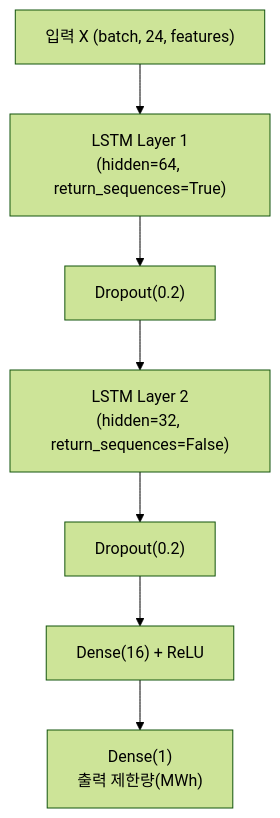
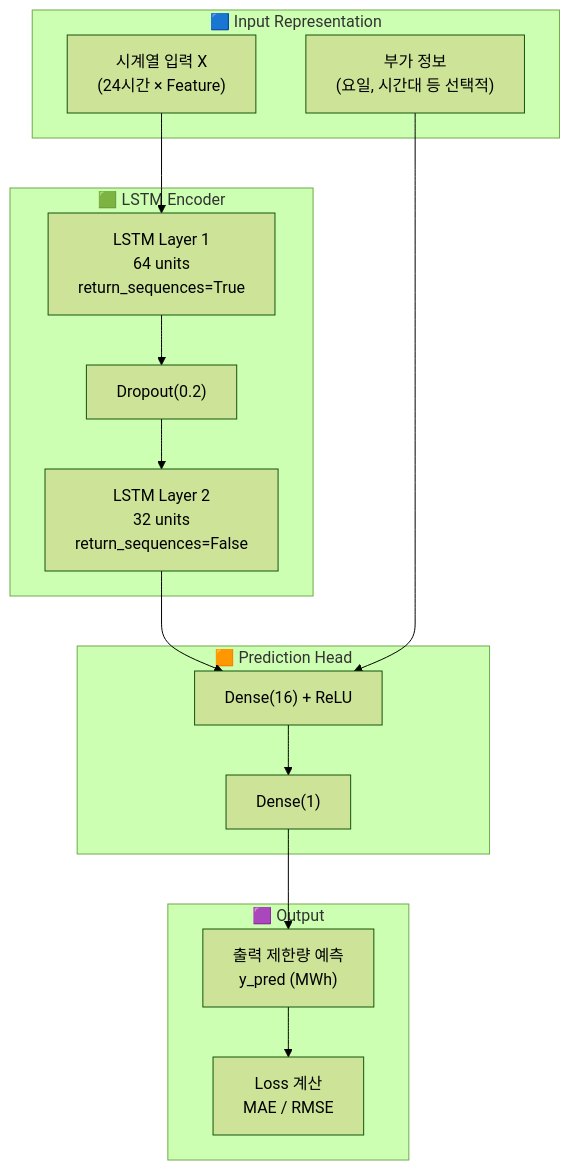
One commit to yousoo0920/ess-vpp-project changed the second of 6 diagrams in README.md. Above: the diagram before and after it, drawn with Mermaid (forest theme). The commit also changed other lines of this file, not shown here.

````diff
--- a/README.md
+++ b/README.md
@@ -35,9 +62,32 @@
 ```mermaid
 flowchart TD
-    X["입력 X (batch, 24, features)"] --> L1["LSTM Layer 1<br/>(hidden=64, return_sequences=True)"]
-    L1 --> DO1["Dropout(0.2)"]
-    DO1 --> L2["LSTM Layer 2<br/>(hidden=32, return_sequences=False)"]
-    L2 --> DO2["Dropout(0.2)"]
-    DO2 --> D1["Dense(16) + ReLU"]
-    D1 --> OUT["Dense(1)<br/>출력 제한량(MWh)"]
+
+    %% Input block
+    subgraph INPUT["🟦 Input Representation"]
+        X["시계열 입력 X<br/>(24시간 × Feature)"]
+        META["부가 정보<br/>(요일, 시간대 등 선택적)"]
+    end
+
+    %% Encoder block
+    subgraph ENCODER["🟩 LSTM Encoder"]
+        LSTM1["LSTM Layer 1<br/>64 units<br/>return_sequences=True"]
+        DO1["Dropout(0.2)"]
+        LSTM2["LSTM Layer 2<br/>32 units<br/>return_sequences=False"]
+    end
+
+    %% Head block
+    subgraph HEAD["🟧 Prediction Head"]
+        FC1["Dense(16) + ReLU"]
+        FC2["Dense(1)"]
+    end
+
+    %% Output block
+    subgraph OUTPUT["🟪 Output"]
+        YPRED["출력 제한량 예측<br/>y_pred (MWh)"]
+        ERR["Loss 계산<br/>MAE / RMSE"]
+    end
+
+    X --> LSTM1 --> DO1 --> LSTM2 --> FC1 --> FC2 --> YPRED
+    META --> FC1
+    YPRED --> ERR
 ```
````
